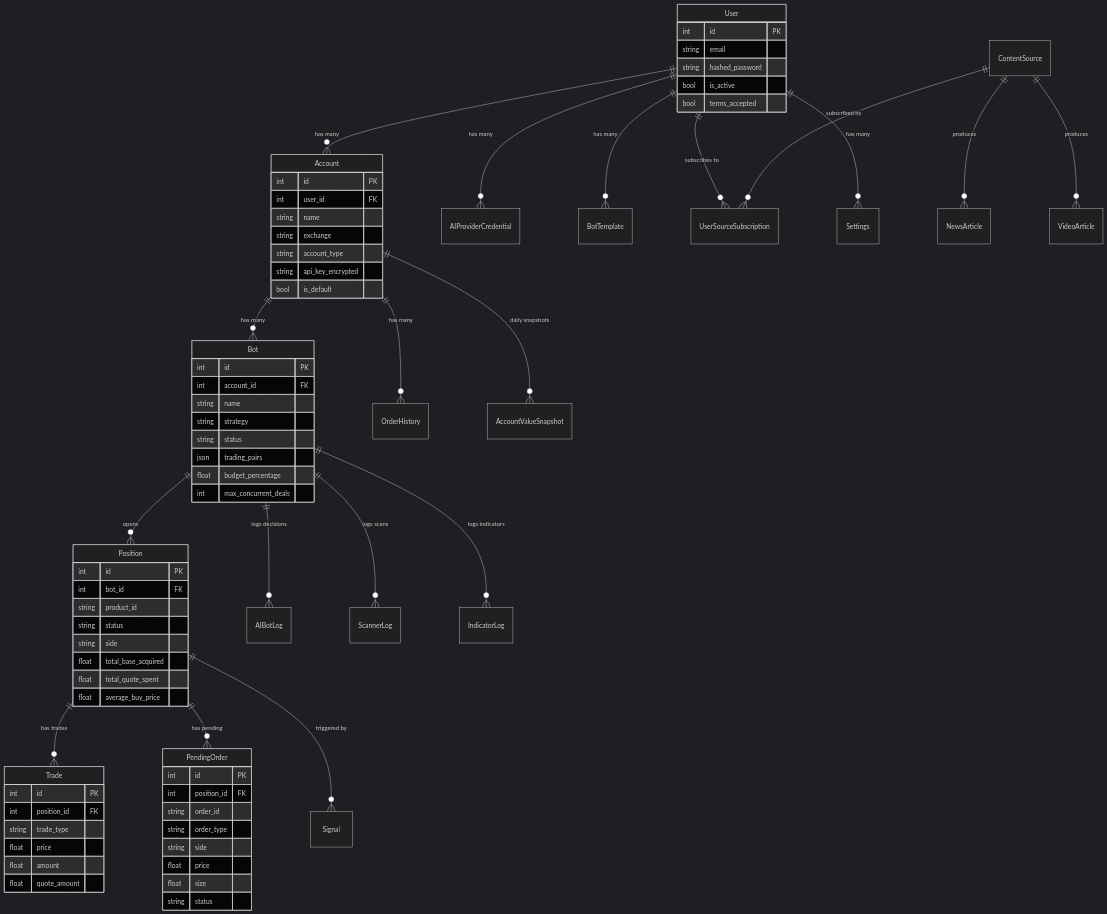
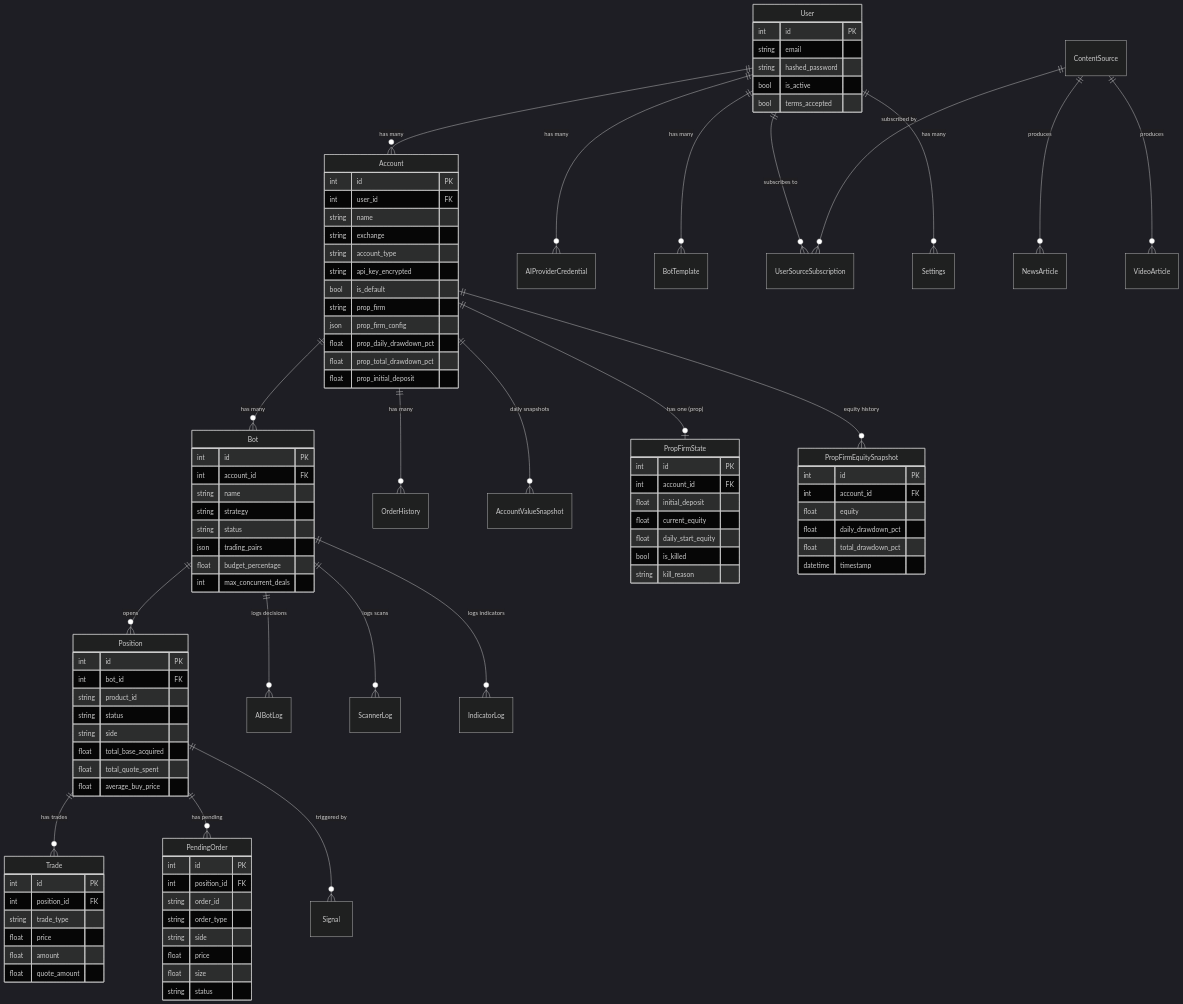
Before and after one commit to lromero74/ZenithGrid: the fifth of 5 diagrams in docs/ARCHITECTURE.md, drawn with Mermaid (dark theme). The commit also changed other lines of this file and 1 other file, not shown here.

First line of the commit message:
Update architecture docs for multi-exchange support

```diff
--- a/docs/ARCHITECTURE.md
+++ b/docs/ARCHITECTURE.md
@@ -299,6 +320,8 @@
     Account ||--o{ Bot : "has many"
     Account ||--o{ OrderHistory : "has many"
     Account ||--o{ AccountValueSnapshot : "daily snapshots"
+    Account ||--o| PropFirmState : "has one (prop)"
+    Account ||--o{ PropFirmEquitySnapshot : "equity history"
 
     Bot ||--o{ Position : "opens"
     Bot ||--o{ AIBotLog : "logs decisions"
@@ -329,6 +352,30 @@
         string account_type
         string api_key_encrypted
         bool is_default
+        string prop_firm
+        json prop_firm_config
+        float prop_daily_drawdown_pct
+        float prop_total_drawdown_pct
+        float prop_initial_deposit
+    }
+
+    PropFirmState {
+        int id PK
+        int account_id FK
+        float initial_deposit
+        float current_equity
+        float daily_start_equity
+        bool is_killed
+        string kill_reason
+    }
+
+    PropFirmEquitySnapshot {
+        int id PK
+        int account_id FK
+        float equity
+        float daily_drawdown_pct
+        float total_drawdown_pct
+        datetime timestamp
     }
 
     Bot {
```
